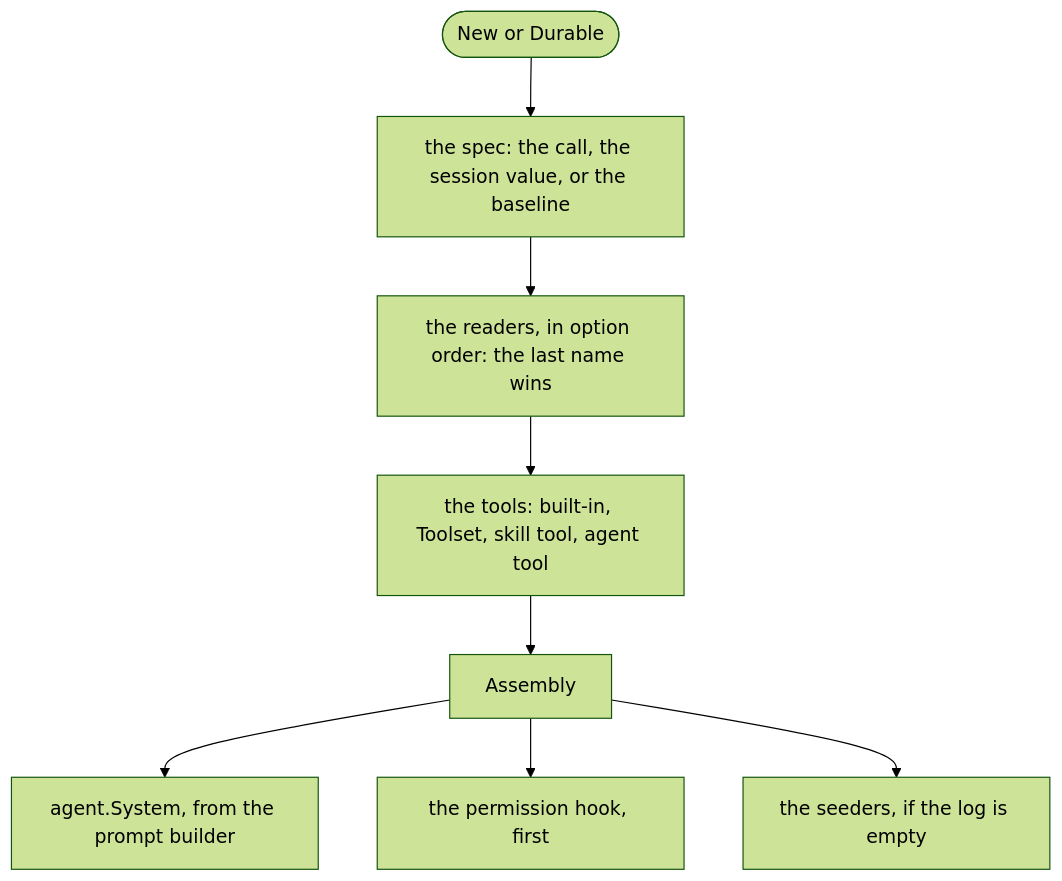
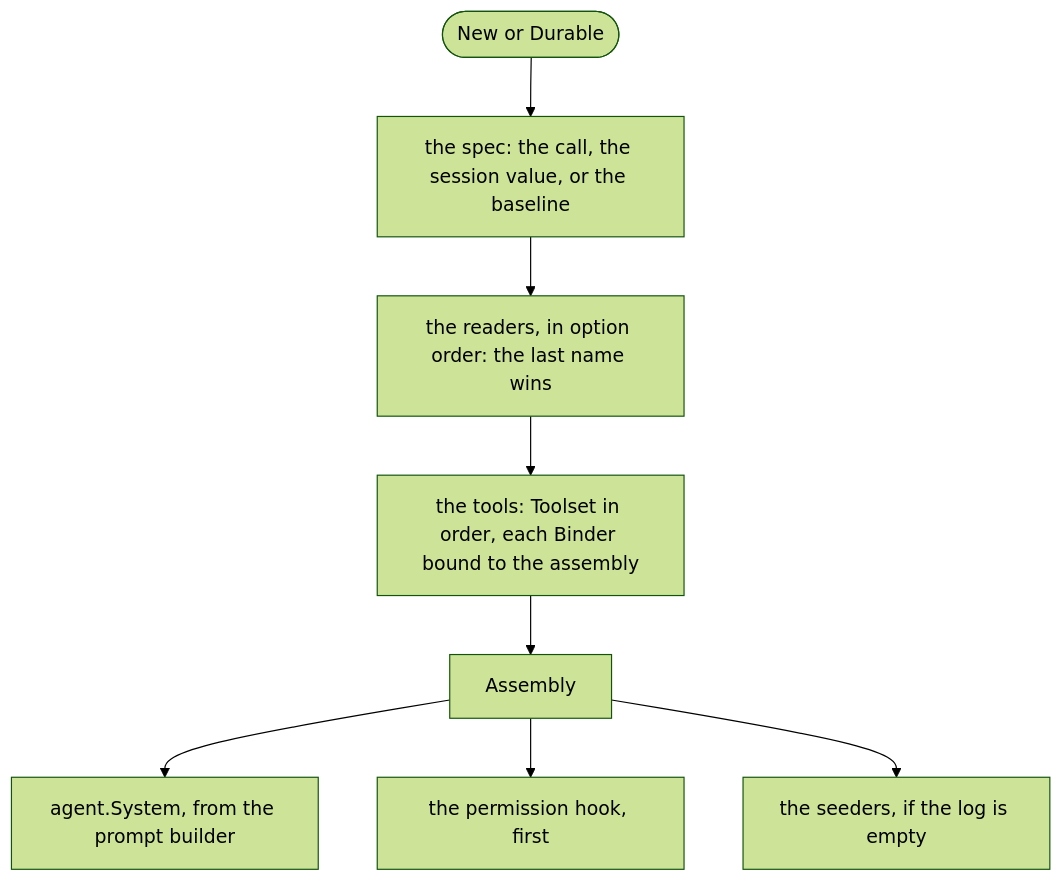
The diagram in docs/concepts/harness/harness.md (sonnes/gopi), drawn with Mermaid (forest theme) before and after one commit. The commit also changed other lines of this file and 88 other files, not shown here.

First line of the commit message:
Give each tool one gopi name, and give each session the tool list of its host

````diff
--- a/docs/concepts/harness/harness.md
+++ b/docs/concepts/harness/harness.md
@@ -16,12 +16,12 @@
 ```mermaid
 flowchart TD
   accTitle: One call of a harness
   accDescr: Each call resolves the spec, reads the readers, and builds the tools into an assembly. The assembly gives the agent its prompt and its permission hook, and seeds an empty log.
   call([New or Durable]) --> spec[the spec: the call, the session value, or the baseline]
   spec --> read[the readers, in option order: the last name wins]
-  read --> tools[the tools: built-in, Toolset, skill tool, agent tool]
+  read --> tools[the tools: Toolset in order, each Binder bound to the assembly]
   tools --> asm[Assembly]
   asm --> sys[agent.System, from the prompt builder]
   asm --> hook[the permission hook, first]
   asm --> seed[the seeders, if the log is empty]
 ```
````
